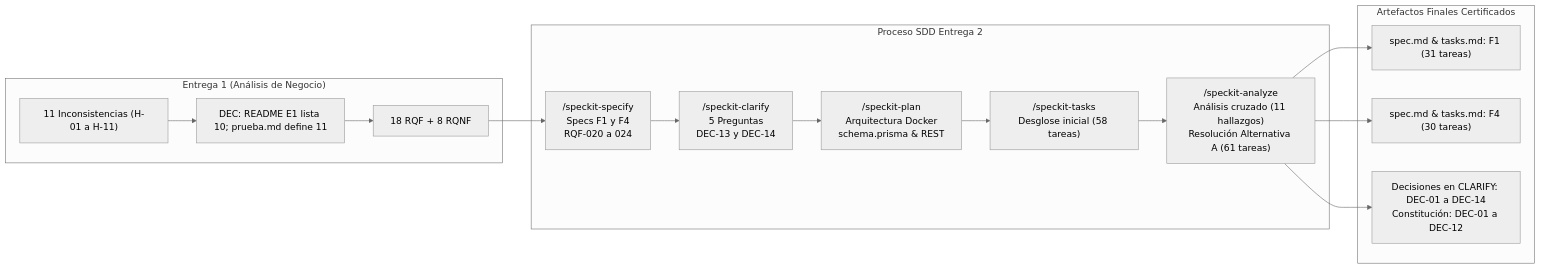
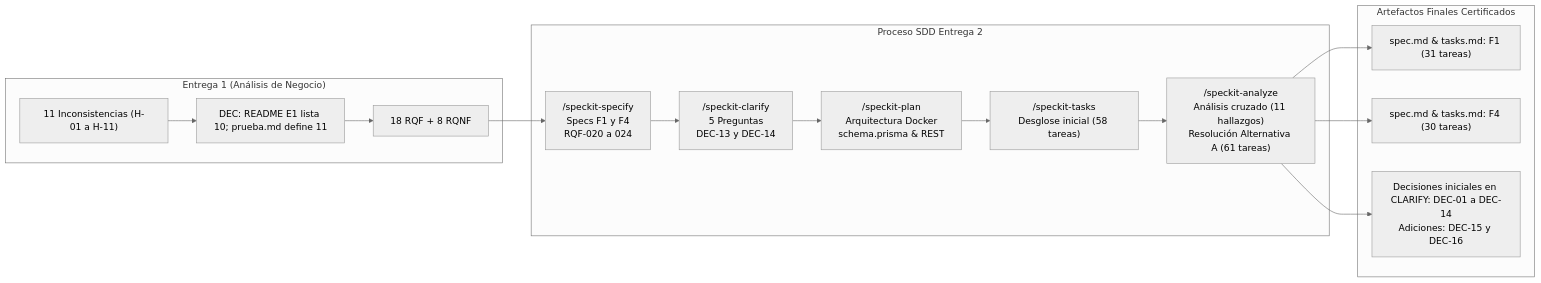
The diagram in docs/entrega2/README.md (Frxnks/Entregas_DSLLMs), drawn with Mermaid (neutral theme) before and after one commit. The commit also changed other lines of this file and 6 other files, not shown here.

````diff
--- a/docs/entrega2/README.md
+++ b/docs/entrega2/README.md
@@ -50,21 +52,21 @@
 ```mermaid
 graph LR
     subgraph E1["Entrega 1 (Análisis de Negocio)"]
         H["11 Inconsistencias (H-01 a H-11)"] --> D["DEC: README E1 lista 10; prueba.md define 11"]
         D --> R["18 RQF + 8 RQNF"]
     end
 
     subgraph SDD["Proceso SDD Entrega 2"]
         R --> SPEC["/speckit-specify<br>Specs F1 y F4<br>RQF-020 a 024"]
         SPEC --> CLAR["/speckit-clarify<br>5 Preguntas<br>DEC-13 y DEC-14"]
         CLAR --> PLAN["/speckit-plan<br>Arquitectura Docker<br>schema.prisma & REST"]
         PLAN --> TASKS["/speckit-tasks<br>Desglose inicial (58 tareas)"]
         TASKS --> ANA["/speckit-analyze<br>Análisis cruzado (11 hallazgos)<br>Resolución Alternativa A (61 tareas)"]
     end
 
     subgraph E2["Artefactos Finales Certificados"]
         ANA --> SP1["spec.md & tasks.md: F1 (31 tareas)"]
         ANA --> SP4["spec.md & tasks.md: F4 (30 tareas)"]
-        ANA --> DEC["Decisiones en CLARIFY: DEC-01 a DEC-14<br>Constitución: DEC-01 a DEC-12"]
+        ANA --> DEC["Decisiones iniciales en CLARIFY: DEC-01 a DEC-14<br>Adiciones: DEC-15 y DEC-16"]
     end
 ```
````
